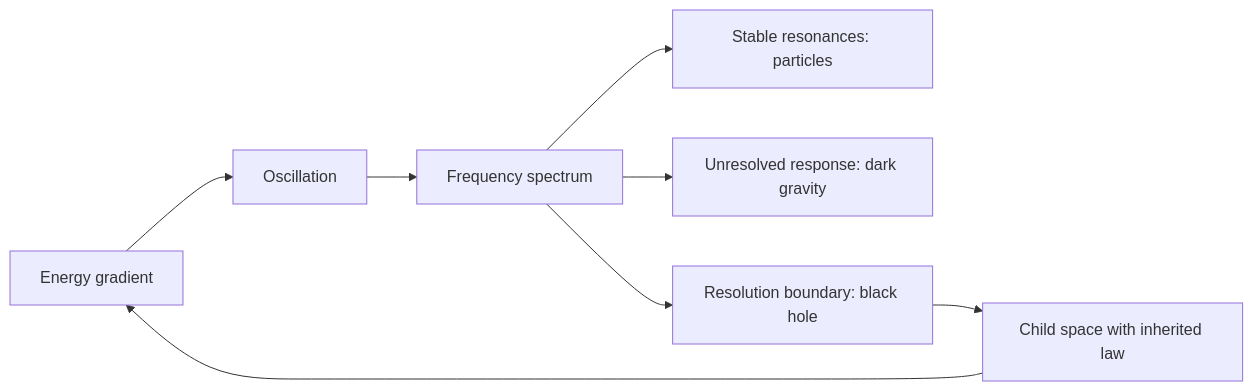
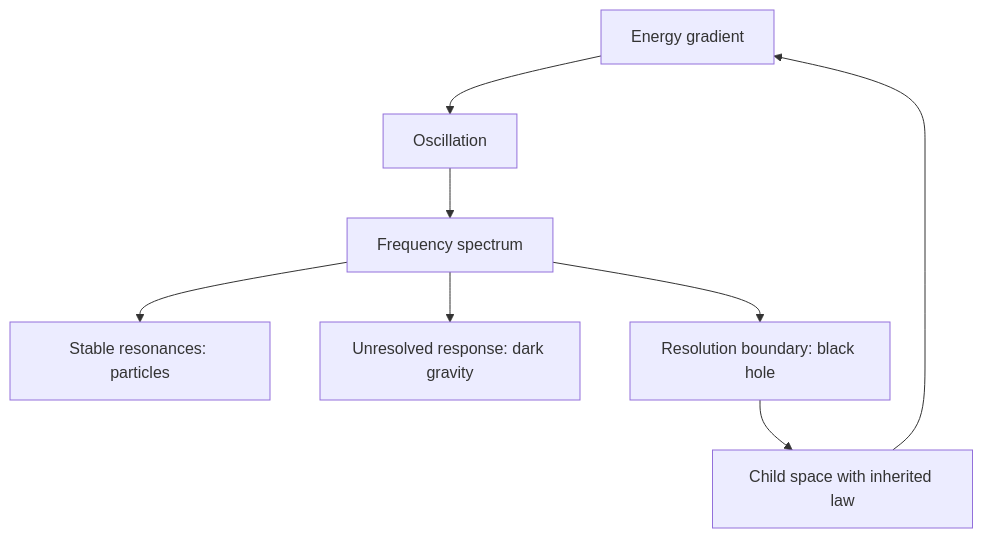
Before and after one commit to kodareken/nested-space-cosmology: the diagram in README.md, drawn with Mermaid. The commit also changed 1 other file, not shown here.

Commit message:
Fit the spectrum map to the GitHub reading column [skip ci]
Render the opening inheritance flow vertically so every node remains legible in the live README. Refresh publication provenance; scientific records and PDF are unchanged.

````diff
--- a/README.md
+++ b/README.md
@@ -14,10 +14,10 @@
 ```mermaid
-flowchart LR
+flowchart TD
   A[Energy gradient] --> B[Oscillation]
   B --> C[Frequency spectrum]
   C --> D[Stable resonances: particles]
   C --> E[Unresolved response: dark gravity]
   C --> F[Resolution boundary: black hole]
   F --> G[Child space with inherited law]
   G --> A
 ```
````
